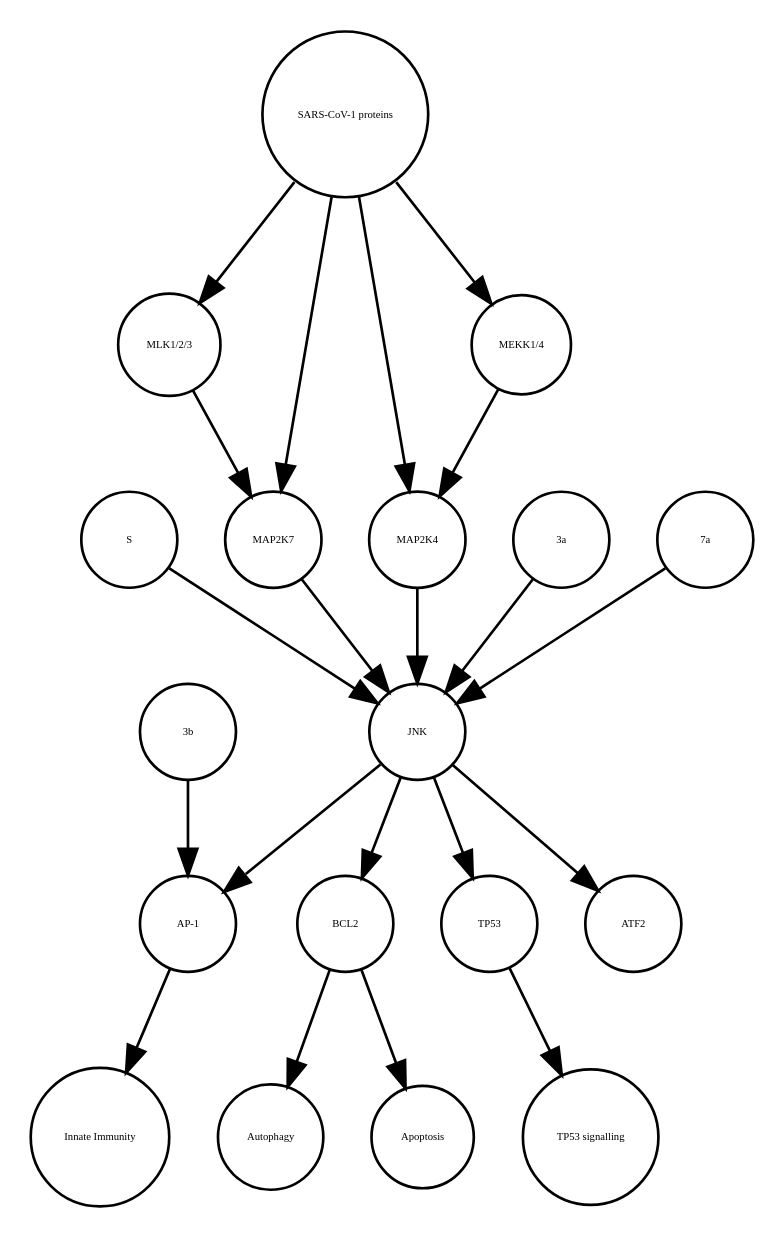
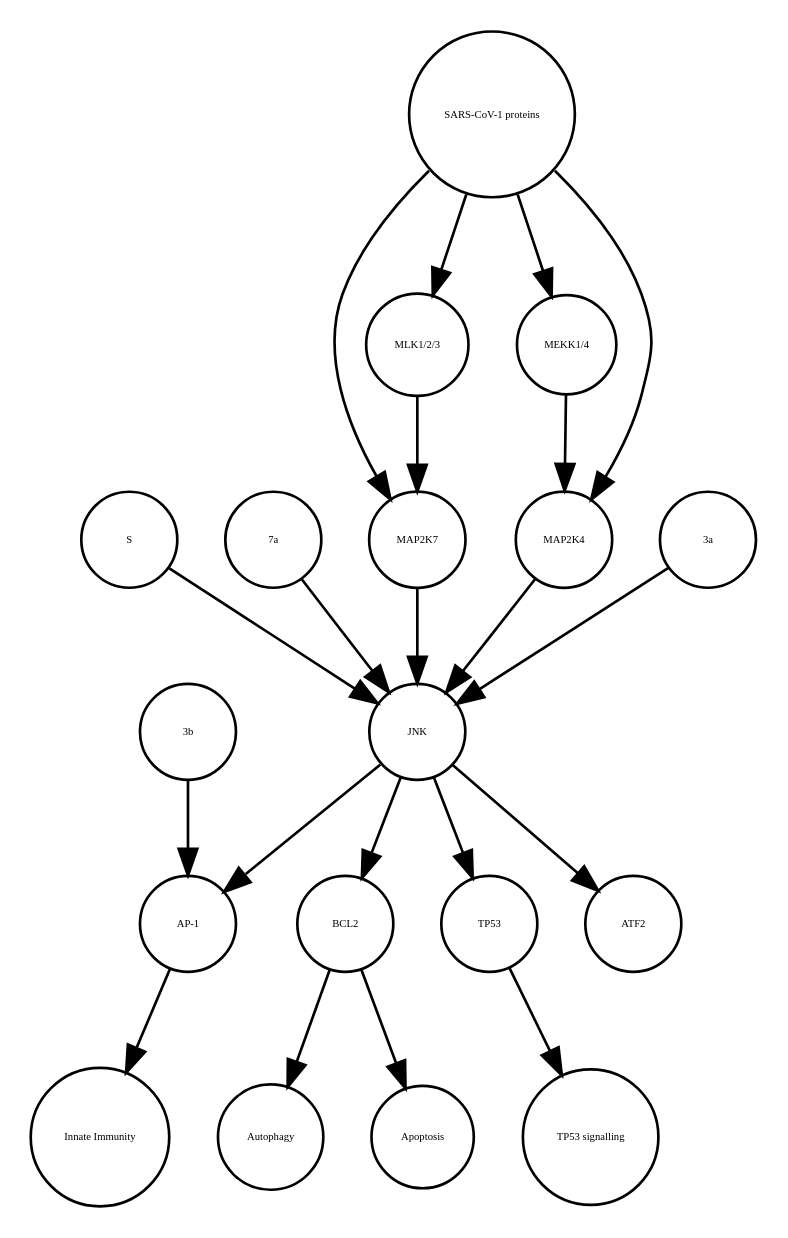
One commit to cannin/covid19-sbgn changed the diagram in JNK_pathway_stable.xml_projected.dot. Above: the diagram before and after it, drawn with Graphviz. The commit also changed other lines of this file and 564 other files, not shown here.

```diff
--- a/JNK_pathway_stable.xml_projected.dot
+++ b/JNK_pathway_stable.xml_projected.dot
@@ -1,40 +1,40 @@
 strict digraph  {
 BCL2 [annotation=urn_miriam_ncbigene_596, bipartite=0, cls=macromolecule, fontsize=4, label=BCL2, shape=circle];
 Autophagy [annotation="urn_miriam_obo.go_GO%3A0006914", bipartite=0, cls=phenotype, fontsize=4, label=Autophagy, shape=circle];
 "AP-1" [annotation="", bipartite=0, cls=complex, fontsize=4, label="AP-1", shape=circle];
 "Innate Immunity" [annotation="urn_miriam_obo.go_GO%3A0045087", bipartite=0, cls=phenotype, fontsize=4, label="Innate Immunity", shape=circle];
 TP53 [annotation=urn_miriam_ncbigene_7157, bipartite=0, cls=macromolecule, fontsize=4, label=TP53, shape=circle];
 "TP53 signalling" [annotation="urn_miriam_obo.go_GO%3A0072331", bipartite=0, cls=phenotype, fontsize=4, label="TP53 signalling", shape=circle];
 Apoptosis [annotation="urn_miriam_obo.go_GO%3A0006915", bipartite=0, cls=phenotype, fontsize=4, label=Apoptosis, shape=circle];
+S [annotation="", bipartite=0, cls=macromolecule, fontsize=4, label=S, shape=circle];
+"7a" [annotation="", bipartite=0, cls=macromolecule, fontsize=4, label="7a", shape=circle];
+ATF2 [annotation=urn_miriam_ncbigene_1386, bipartite=0, cls=macromolecule, fontsize=4, label=ATF2, shape=circle];
+JNK [annotation="", bipartite=0, cls=complex, fontsize=4, label=JNK, shape=circle];
+MAP2K7 [annotation=urn_miriam_ncbigene_5609, bipartite=0, cls=macromolecule, fontsize=4, label=MAP2K7, shape=circle];
 "MLK1/2/3" [annotation="", bipartite=0, cls=complex, fontsize=4, label="MLK1/2/3", shape=circle];
-S [annotation="", bipartite=0, cls=macromolecule, fontsize=4, label=S, shape=circle];
-MAP2K7 [annotation=urn_miriam_ncbigene_5609, bipartite=0, cls=macromolecule, fontsize=4, label=MAP2K7, shape=circle];
-JNK [annotation="", bipartite=0, cls=complex, fontsize=4, label=JNK, shape=circle];
+"MEKK1/4" [annotation="", bipartite=0, cls=complex, fontsize=4, label="MEKK1/4", shape=circle];
+"SARS-CoV-1 proteins" [annotation="", bipartite=0, cls=complex, fontsize=4, label="SARS-CoV-1 proteins", shape=circle];
+MAP2K4 [annotation=urn_miriam_ncbigene_6416, bipartite=0, cls=macromolecule, fontsize=4, label=MAP2K4, shape=circle];
 "3b" [annotation="", bipartite=0, cls=macromolecule, fontsize=4, label="3b", shape=circle];
-MAP2K4 [annotation=urn_miriam_ncbigene_6416, bipartite=0, cls=macromolecule, fontsize=4, label=MAP2K4, shape=circle];
-"SARS-CoV-1 proteins" [annotation="", bipartite=0, cls=complex, fontsize=4, label="SARS-CoV-1 proteins", shape=circle];
 "3a" [annotation="", bipartite=0, cls=macromolecule, fontsize=4, label="3a", shape=circle];
-"7a" [annotation="", bipartite=0, cls=macromolecule, fontsize=4, label="7a", shape=circle];
-"MEKK1/4" [annotation="", bipartite=0, cls=complex, fontsize=4, label="MEKK1/4", shape=circle];
-ATF2 [annotation=urn_miriam_ncbigene_1386, bipartite=0, cls=macromolecule, fontsize=4, label=ATF2, shape=circle];
 BCL2 -> Autophagy  [annotation="", interaction_type="necessary stimulation"];
 BCL2 -> Apoptosis  [annotation="", interaction_type=inhibition];
 "AP-1" -> "Innate Immunity"  [annotation="", interaction_type="necessary stimulation"];
 TP53 -> "TP53 signalling"  [annotation="", interaction_type="necessary stimulation"];
+S -> JNK  [annotation="urn_miriam_pubmed_17267381|urn_miriam_taxonomy_694009|urn_miriam_taxonomy_392815", interaction_type=stimulation];
+"7a" -> JNK  [annotation="urn_miriam_pubmed_17141229|urn_miriam_taxonomy_694009|urn_miriam_taxonomy_392815", interaction_type=stimulation];
+JNK -> "AP-1"  [annotation="urn_miriam_pubmed_21561061|urn_miriam_taxonomy_694009", interaction_type=stimulation];
+JNK -> ATF2  [annotation=urn_miriam_pubmed_7824938, interaction_type=stimulation];
+JNK -> BCL2  [annotation=urn_miriam_pubmed_10567572, interaction_type=stimulation];
+JNK -> TP53  [annotation=urn_miriam_pubmed_9724739, interaction_type=stimulation];
+MAP2K7 -> JNK  [annotation="urn_miriam_pubmed_17141229|urn_miriam_taxonomy_694009|urn_miriam_taxonomy_392815", interaction_type=stimulation];
 "MLK1/2/3" -> MAP2K7  [annotation="urn_miriam_pubmed_31226023|urn_miriam_taxonomy_694009|urn_miriam_taxonomy_392815", interaction_type=stimulation];
-S -> JNK  [annotation="urn_miriam_pubmed_17267381|urn_miriam_taxonomy_694009|urn_miriam_taxonomy_392815", interaction_type=stimulation];
-MAP2K7 -> JNK  [annotation="urn_miriam_pubmed_17141229|urn_miriam_taxonomy_694009|urn_miriam_taxonomy_392815", interaction_type=stimulation];
-JNK -> ATF2  [annotation=urn_miriam_pubmed_7824938, interaction_type=stimulation];
-JNK -> TP53  [annotation=urn_miriam_pubmed_9724739, interaction_type=stimulation];
-JNK -> BCL2  [annotation=urn_miriam_pubmed_10567572, interaction_type=stimulation];
-JNK -> "AP-1"  [annotation="urn_miriam_pubmed_21561061|urn_miriam_taxonomy_694009", interaction_type=stimulation];
+"MEKK1/4" -> MAP2K4  [annotation="urn_miriam_pubmed_31226023|urn_miriam_taxonomy_694009|urn_miriam_taxonomy_392815", interaction_type=stimulation];
+"SARS-CoV-1 proteins" -> "MEKK1/4"  [annotation="urn_miriam_pubmed_31226023|urn_miriam_taxonomy_694009|urn_miriam_taxonomy_392815", interaction_type=stimulation];
+"SARS-CoV-1 proteins" -> "MLK1/2/3"  [annotation="urn_miriam_taxonomy_694009|urn_miriam_pubmed_31226023|urn_miriam_taxonomy_392815", interaction_type=stimulation];
+"SARS-CoV-1 proteins" -> MAP2K7  [annotation="urn_miriam_pubmed_31226023|urn_miriam_taxonomy_694009|urn_miriam_taxonomy_392815", interaction_type=stimulation];
+"SARS-CoV-1 proteins" -> MAP2K4  [annotation="urn_miriam_pubmed_31226023|urn_miriam_taxonomy_694009|urn_miriam_taxonomy_392815", interaction_type=stimulation];
+MAP2K4 -> JNK  [annotation="urn_miriam_pubmed_17141229|urn_miriam_taxonomy_694009|urn_miriam_taxonomy_392815", interaction_type=stimulation];
 "3b" -> "AP-1"  [annotation="urn_miriam_pubmed_21561061|urn_miriam_taxonomy_694009", interaction_type=stimulation];
-MAP2K4 -> JNK  [annotation="urn_miriam_pubmed_17141229|urn_miriam_taxonomy_694009|urn_miriam_taxonomy_392815", interaction_type=stimulation];
-"SARS-CoV-1 proteins" -> MAP2K4  [annotation="urn_miriam_pubmed_31226023|urn_miriam_taxonomy_694009|urn_miriam_taxonomy_392815", interaction_type=stimulation];
-"SARS-CoV-1 proteins" -> "MLK1/2/3"  [annotation="urn_miriam_taxonomy_694009|urn_miriam_pubmed_31226023|urn_miriam_taxonomy_392815", interaction_type=stimulation];
-"SARS-CoV-1 proteins" -> "MEKK1/4"  [annotation="urn_miriam_pubmed_31226023|urn_miriam_taxonomy_694009|urn_miriam_taxonomy_392815", interaction_type=stimulation];
-"SARS-CoV-1 proteins" -> MAP2K7  [annotation="urn_miriam_pubmed_31226023|urn_miriam_taxonomy_694009|urn_miriam_taxonomy_392815", interaction_type=stimulation];
 "3a" -> JNK  [annotation="urn_miriam_pubmed_17141229|urn_miriam_taxonomy_694009|urn_miriam_taxonomy_392815", interaction_type=stimulation];
-"7a" -> JNK  [annotation="urn_miriam_pubmed_17141229|urn_miriam_taxonomy_694009|urn_miriam_taxonomy_392815", interaction_type=stimulation];
-"MEKK1/4" -> MAP2K4  [annotation="urn_miriam_pubmed_31226023|urn_miriam_taxonomy_694009|urn_miriam_taxonomy_392815", interaction_type=stimulation];
 }
```
